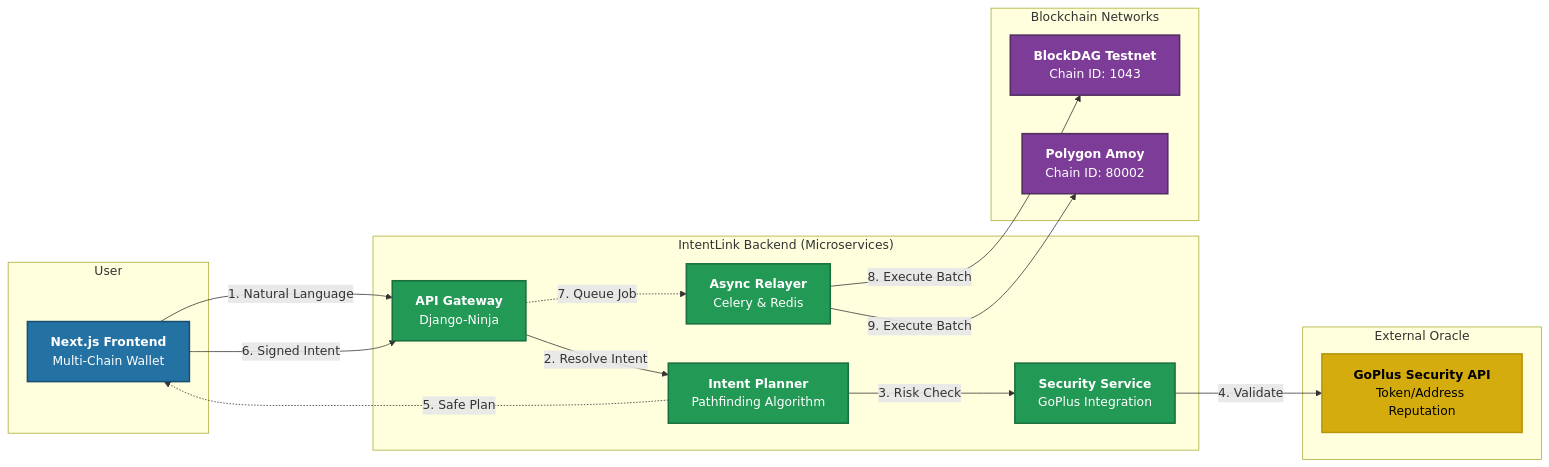
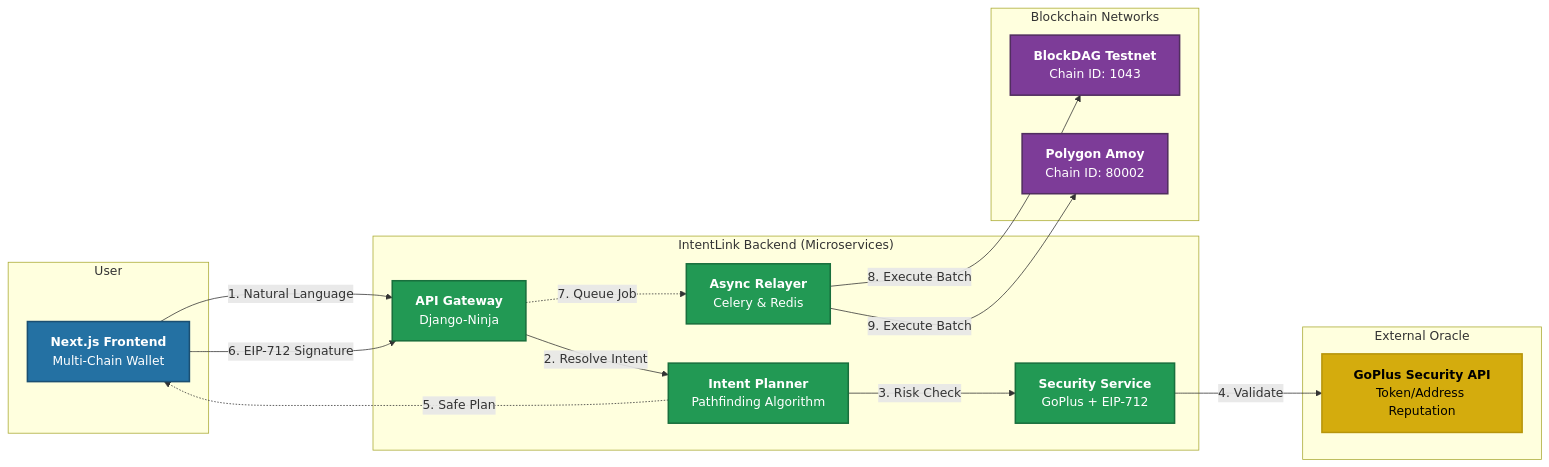
Before and after one commit to SheriffMudasir/IntentLink: the diagram in README.md, drawn with Mermaid. The commit also changed other lines of this file, not shown here.

````diff
--- a/README.md
+++ b/README.md
@@ -71,44 +87,43 @@
 ```mermaid
 graph LR
     classDef user fill:#2471A3,color:#FFFFFF,stroke:#1B4F72,stroke-width:2px
     classDef backend fill:#229954,color:#FFFFFF,stroke:#196F3D,stroke-width:2px
     classDef external fill:#D4AC0D,color:#000000,stroke:#B7950B,stroke-width:2px
     classDef blockchain fill:#7D3C98,color:#FFFFFF,stroke:#512E5F,stroke-width:2px
 
     subgraph User
         UI[<b>Next.js Frontend</b><br/>Multi-Chain Wallet]
     end
     class UI user
 
     subgraph "IntentLink Backend (Microservices)"
         API["<b>API Gateway</b><br/>Django-Ninja"]
         Planner["<b>Intent Planner</b><br/>Pathfinding Algorithm"]
-        Security["<b>Security Service</b><br/>GoPlus Integration"]
+        Security["<b>Security Service</b><br/>GoPlus + EIP-712"]
         Async["<b>Async Relayer</b><br/>Celery & Redis"]
     end
     class API,Planner,Security,Async backend
 
     subgraph "External Oracle"
         GoPlus[<b>GoPlus Security API</b><br/>Token/Address Reputation]
     end
     class GoPlus external
 
     subgraph "Blockchain Networks"
         BDAG[<b>BlockDAG Testnet</b><br/>Chain ID: 1043]
         POLY[<b>Polygon Amoy</b><br/>Chain ID: 80002]
     end
     class BDAG,POLY blockchain
 
-    %% --- Main Flows ---
     UI -- "1. Natural Language" --> API
     API -- "2. Resolve Intent" --> Planner
     Planner -- "3. Risk Check" --> Security
     Security -- "4. Validate" --> GoPlus
     
     Planner -. "5. Safe Plan" .-> UI
-    UI -- "6. Signed Intent" --> API
+    UI -- "6. EIP-712 Signature" --> API
     API -. "7. Queue Job" .-> Async
 
     Async -- "8. Execute Batch" --> BDAG
     Async -- "9. Execute Batch" --> POLY
 ```
````
